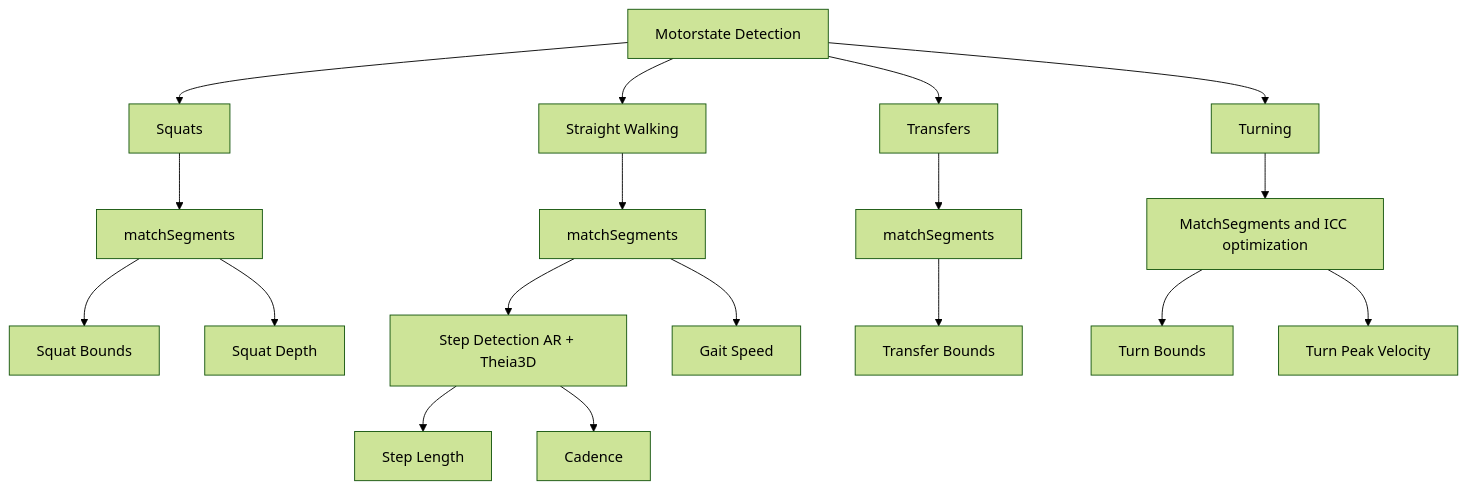
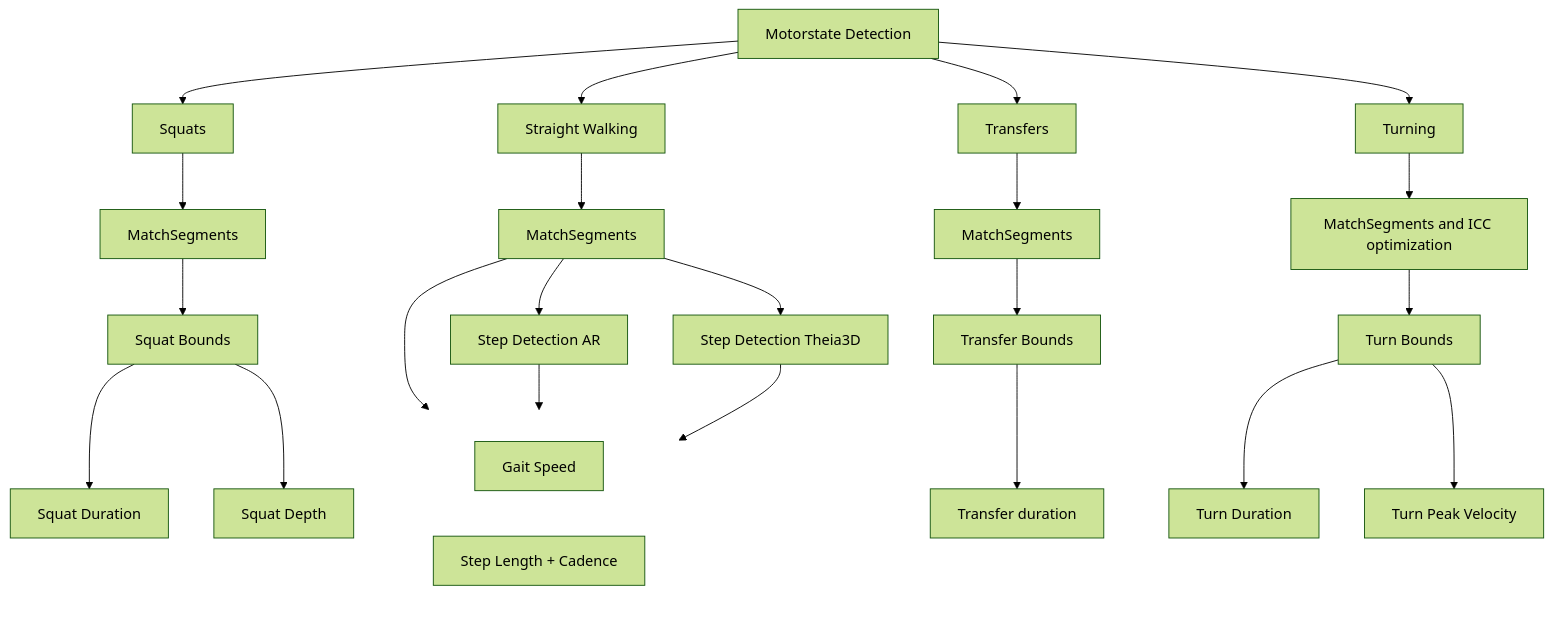
One commit to pvand/Motorstate_detection_and_metrics changed the diagram in README.md. Above: the diagram before and after it, drawn with Mermaid (forest theme).

Commit message:
Update flowchart and segment labels in README

````diff
--- a/README.md
+++ b/README.md
@@ -11,24 +11,45 @@
 ```mermaid
 flowchart TD
     A[Motorstate Detection] --> B[Squats]
     A --> C[Straight Walking]
     A --> D[Transfers]
     A --> E[Turning]
     
-    B --> Bm[matchSegments]
+    %% Squats
+    B --> Bm[MatchSegments]
     Bm --> B1[Squat Bounds]
-    Bm --> B2[Squat Depth]
+    B1 --> B2[Squat Duration]
+    B1 --> B3[Squat Depth]
     
-    C --> Cm[matchSegments]
-    Cm --> C0["Step Detection AR + Theia3D"]
-    Cm --> C1[Gait Speed]
-    C0 --> C2[Step Length]
-    C0 --> C3[Cadence]
+    %% Straight Walking
+    C --> Cm[MatchSegments]
+    Cm --> C0["Step Detection AR"]
+    Cm --> C1["Step Detection Theia3D"]
+    Cm --> C2[Gait Speed]
 
-    D --> Dm[matchSegments]
+    %% Step metrics from both detection methods
+    C0 --> C3[Step Length + Cadence]
+    C1 --> C3
+
+    %% Transfers
+    D --> Dm[MatchSegments]
     Dm --> D1[Transfer Bounds]
+    D1 --> D2[Transfer duration]
     
+    %% Turning
     E --> Em[MatchSegments and ICC optimization]
     Em --> E1[Turn Bounds]
-    Em --> E2[Turn Peak Velocity]
+    E1 --> E2[Turn Duration]
+    E1 --> E3[Turn Peak Velocity]
+    
+    %% Keep same visual row, no line, no color
+    subgraph metrics[ ]
+        direction LR
+        C3
+        C2
+    end
+    %% Override subgraph styling to remove color
+    style metrics fill:none,stroke:none
+   
+
 ```
````
